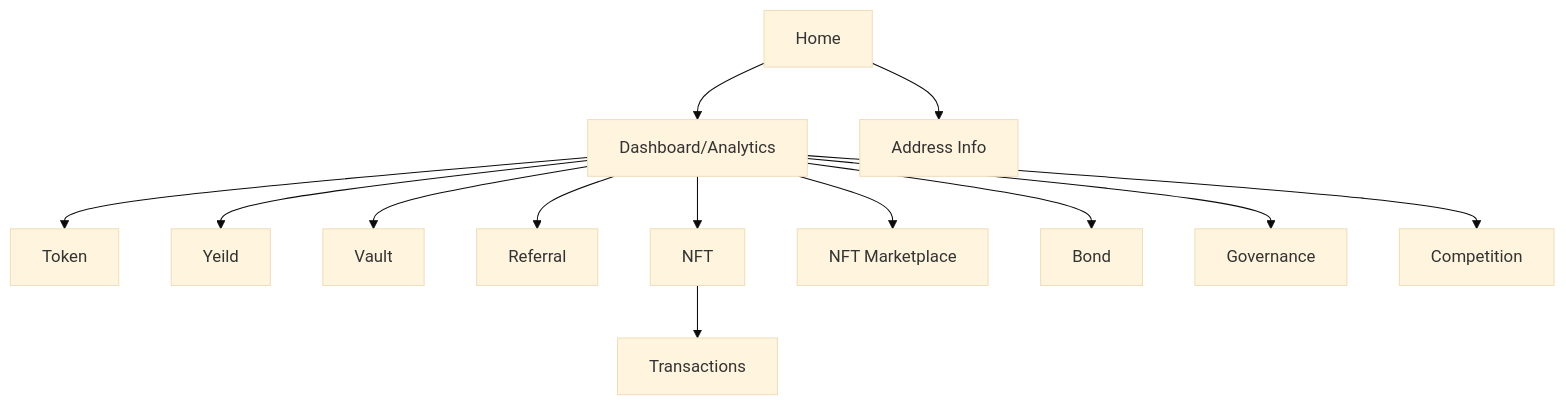
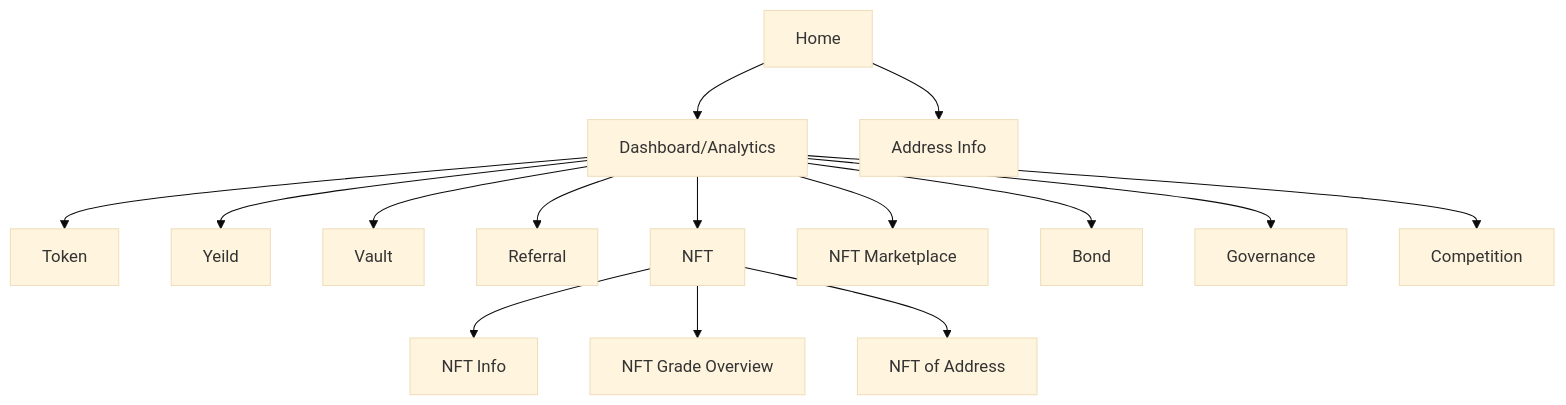
The diagram in docs/sitemap.md (PositionExchangeHolder/position-exchange-analytics), drawn with Mermaid (base theme) before and after one commit.

Commit message:
docs: update sitemap

````diff
--- a/docs/sitemap.md
+++ b/docs/sitemap.md
@@ -3,16 +3,18 @@
 ```mermaid
 graph TD
   A[Home] --> B[Dashboard/Analytics]
     B --> C[Token]
     B --> D[Yeild]
     B --> E[Vault]
     B --> F[Referral]
     B --> G[NFT]
-      G --> G1[Transactions]
+      G --> G1[NFT Info]
+      G --> G2[NFT Grade Overview]
+      G --> G3[NFT of Address]
     B --> H[NFT Marketplace]
     B --> I[Bond]
     B --> K[Governance]
     B --> L[Competition]
     %% B -> M[Public Sale]
   A[Home] --> Z[Address Info]
 ```
````
